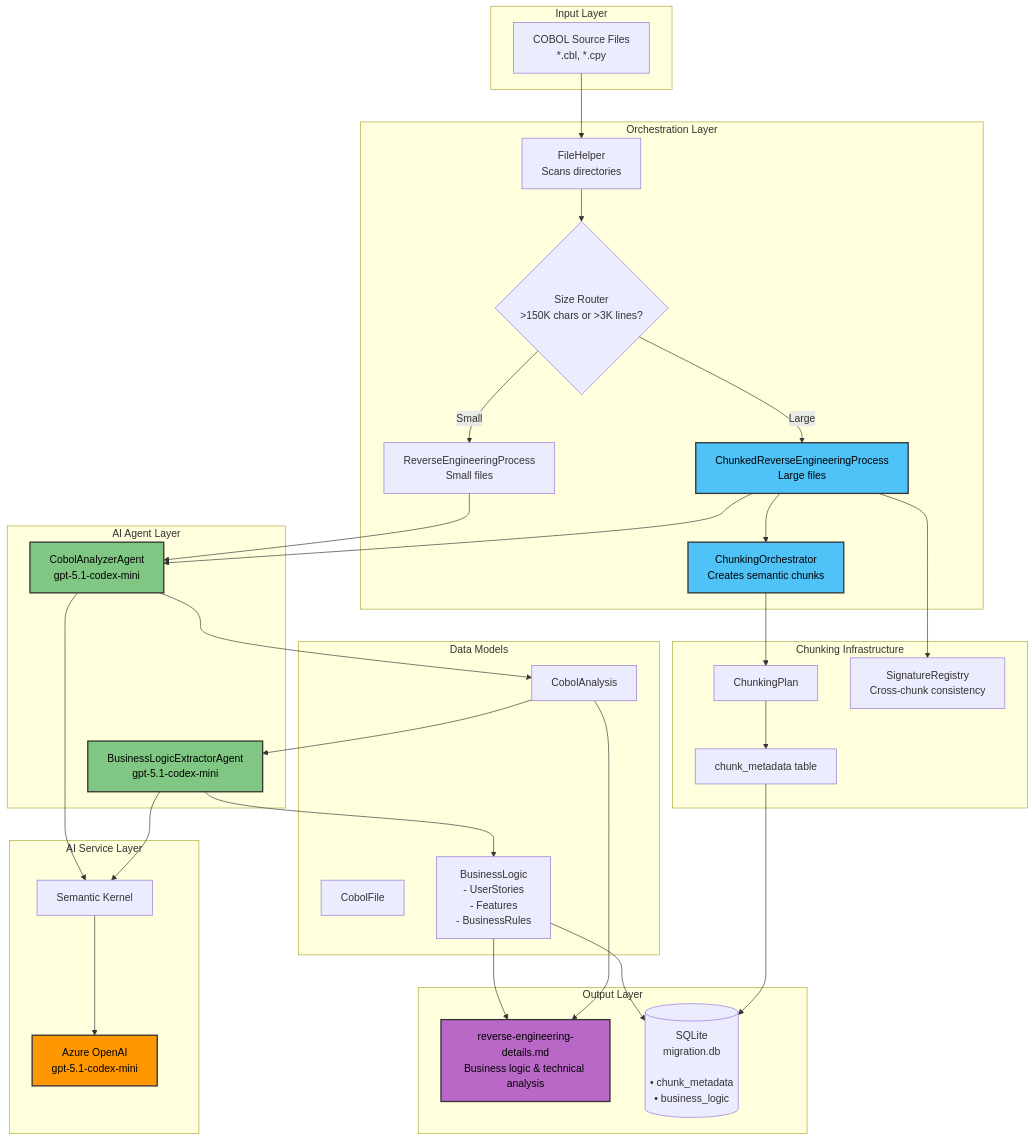
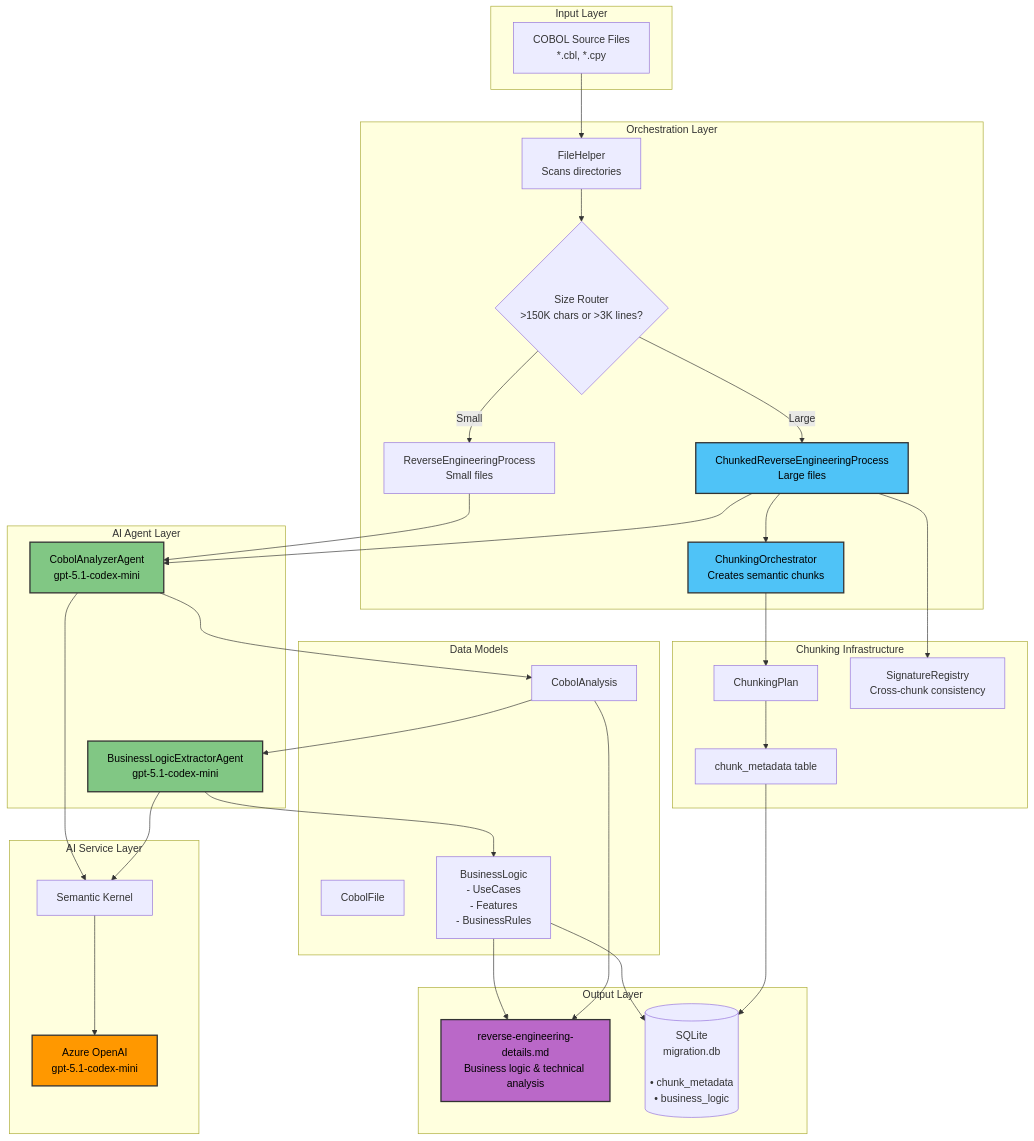
The second of 7 diagrams in docs/REVERSE_ENGINEERING_ARCHITECTURE.md (Azure-Samples/Legacy-Modernization-Agents), drawn with Mermaid before and after one commit. The commit also changed other lines of this file and 1 other file, not shown here.

Commit message:
fix: [docs] Documentation update needed after changes landed on main by

````diff
--- a/docs/REVERSE_ENGINEERING_ARCHITECTURE.md
+++ b/docs/REVERSE_ENGINEERING_ARCHITECTURE.md
@@ -62,74 +62,74 @@
 ```mermaid
 graph TB
     subgraph "Input Layer"
         COBOL[COBOL Source Files<br/>*.cbl, *.cpy]
     end
     
     subgraph "Orchestration Layer"
         FileHelper[FileHelper<br/>Scans directories]
         SizeRouter{Size Router<br/>>150K chars or >3K lines?}
         REProcess[ReverseEngineeringProcess<br/>Small files]
         ChunkedRE[ChunkedReverseEngineeringProcess<br/>Large files]
         ChunkOrch[ChunkingOrchestrator<br/>Creates semantic chunks]
     end
     
     subgraph "AI Agent Layer"
         CobolAnalyzer[CobolAnalyzerAgent<br/>gpt-5.1-codex-mini]
         BusinessLogic[BusinessLogicExtractorAgent<br/>gpt-5.1-codex-mini]
     end
     
     subgraph "AI Service Layer"
         SK[Semantic Kernel]
         Azure[Azure OpenAI<br/>gpt-5.1-codex-mini]
     end
     
     subgraph "Data Models"
         CobolFile[CobolFile]
         CobolAnalysis[CobolAnalysis]
-        BusinessLogicModel[BusinessLogic<br/>- UserStories<br/>- Features<br/>- BusinessRules]
+        BusinessLogicModel[BusinessLogic<br/>- UseCases<br/>- Features<br/>- BusinessRules]
     end
     
     subgraph "Chunking Infrastructure"
         ChunkPlan[ChunkingPlan]
         ChunkMeta[chunk_metadata table]
         SigRegistry[SignatureRegistry<br/>Cross-chunk consistency]
     end
     
     subgraph "Output Layer"
         DetailsMD[reverse-engineering-details.md<br/>Business logic & technical analysis]
         DB[(SQLite<br/>migration.db<br/><br/>• chunk_metadata<br/>• business_logic)]
     end
     
     COBOL --> FileHelper
     FileHelper --> SizeRouter
     SizeRouter -->|Small| REProcess
     SizeRouter -->|Large| ChunkedRE
     ChunkedRE --> ChunkOrch
     ChunkOrch --> ChunkPlan
     ChunkPlan --> ChunkMeta
     
     REProcess --> CobolAnalyzer
     ChunkedRE --> CobolAnalyzer
     ChunkedRE --> SigRegistry
     
     CobolAnalyzer --> SK
     BusinessLogic --> SK
     SK --> Azure
     
     CobolAnalyzer --> CobolAnalysis
     BusinessLogic --> BusinessLogicModel
     
     CobolAnalysis --> BusinessLogic
     
     BusinessLogicModel --> DetailsMD
     BusinessLogicModel --> DB
     CobolAnalysis --> DetailsMD
     ChunkMeta --> DB
     
     style ChunkedRE fill:#4fc3f7,stroke:#333,stroke-width:2px,color:#000
     style ChunkOrch fill:#4fc3f7,stroke:#333,stroke-width:2px,color:#000
     style CobolAnalyzer fill:#81c784,stroke:#333,stroke-width:2px,color:#000
     style BusinessLogic fill:#81c784,stroke:#333,stroke-width:2px,color:#000
     style Azure fill:#ff9800,stroke:#333,stroke-width:2px,color:#000
     style DetailsMD fill:#ba68c8,stroke:#333,stroke-width:2px,color:#000
 ```
````
